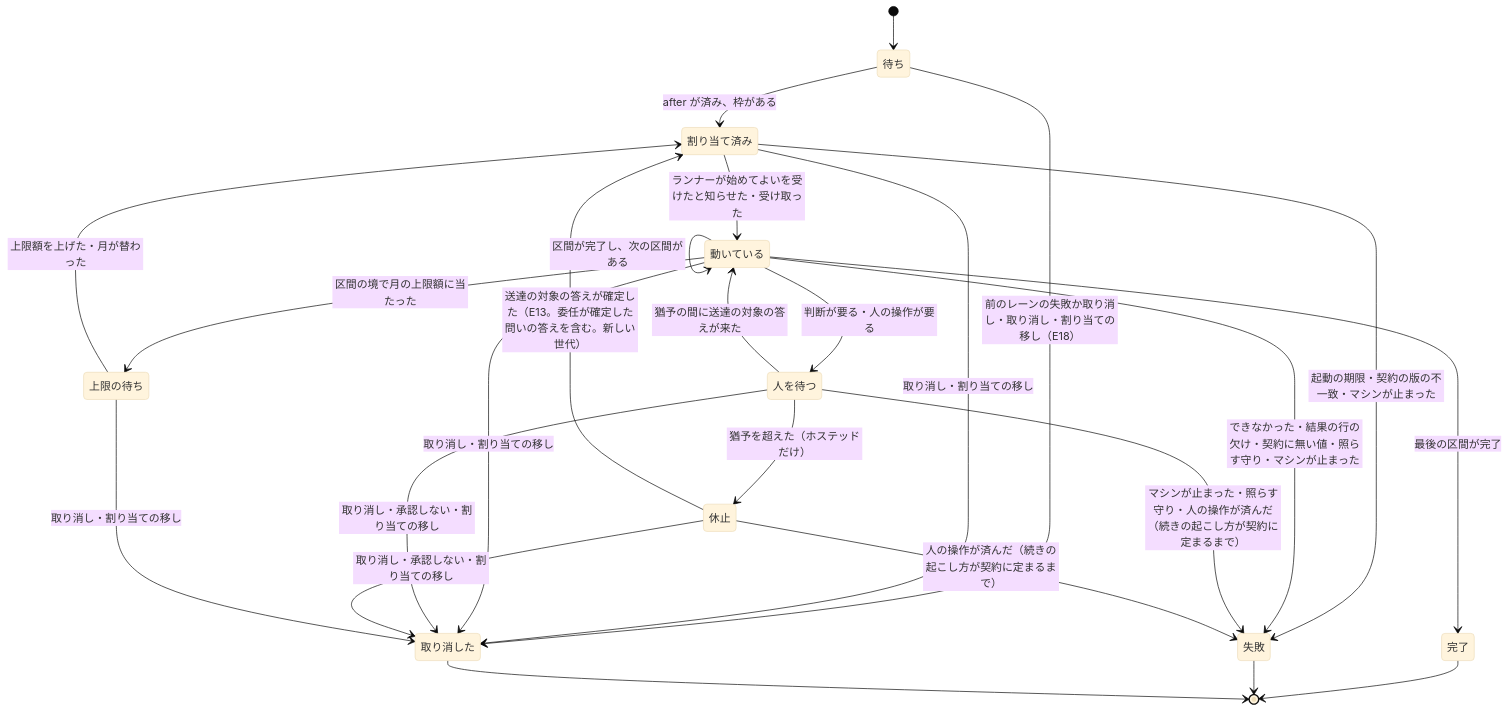
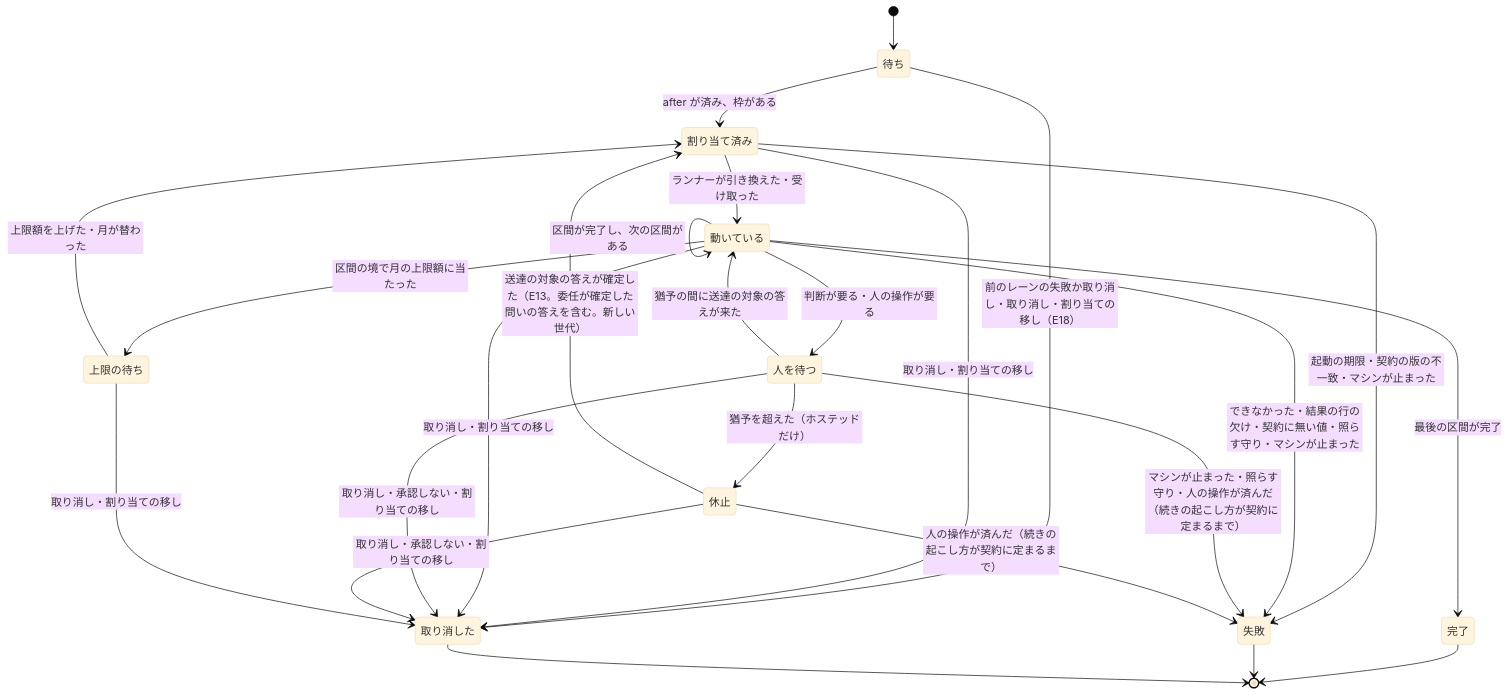
One commit to devbasex/nd-factory changed the fourth of 10 diagrams in docs/design/execution.md. Above: the diagram before and after it, drawn with Mermaid (base theme). The commit also changed other lines of this file and 3 other files, not shown here.

````diff
--- a/docs/design/execution.md
+++ b/docs/design/execution.md
@@ -110,27 +110,27 @@
 ```mermaid
 stateDiagram-v2
     [*] --> 待ち
     待ち --> 割り当て済み: after が済み、枠がある
     待ち --> 取り消した: 前のレーンの失敗か取り消し・取り消し・割り当ての移し（E18）
-    割り当て済み --> 動いている: ランナーが始めてよいを受けたと知らせた・受け取った
+    割り当て済み --> 動いている: ランナーが引き換えた・受け取った
     割り当て済み --> 失敗: 起動の期限・契約の版の不一致・マシンが止まった
     割り当て済み --> 取り消した: 取り消し・割り当ての移し
     動いている --> 動いている: 区間が完了し、次の区間がある
     動いている --> 人を待つ: 判断が要る・人の操作が要る
     人を待つ --> 動いている: 猶予の間に送達の対象の答えが来た
     人を待つ --> 休止: 猶予を超えた（ホステッドだけ）
     休止 --> 割り当て済み: 送達の対象の答えが確定した（E13。委任が確定した問いの答えを含む。新しい世代）
     動いている --> 上限の待ち: 区間の境で月の上限額に当たった
     上限の待ち --> 割り当て済み: 上限額を上げた・月が替わった
     動いている --> 完了: 最後の区間が完了
     動いている --> 失敗: できなかった・結果の行の欠け・契約に無い値・照らす守り・マシンが止まった
     人を待つ --> 失敗: マシンが止まった・照らす守り・人の操作が済んだ（続きの起こし方が契約に定まるまで）
     休止 --> 失敗: 人の操作が済んだ（続きの起こし方が契約に定まるまで）
     動いている --> 取り消した: 取り消し・割り当ての移し
     人を待つ --> 取り消した: 取り消し・承認しない・割り当ての移し
     休止 --> 取り消した: 取り消し・承認しない・割り当ての移し
     上限の待ち --> 取り消した: 取り消し・割り当ての移し
     完了 --> [*]
     失敗 --> [*]
     取り消した --> [*]
 ```
````
